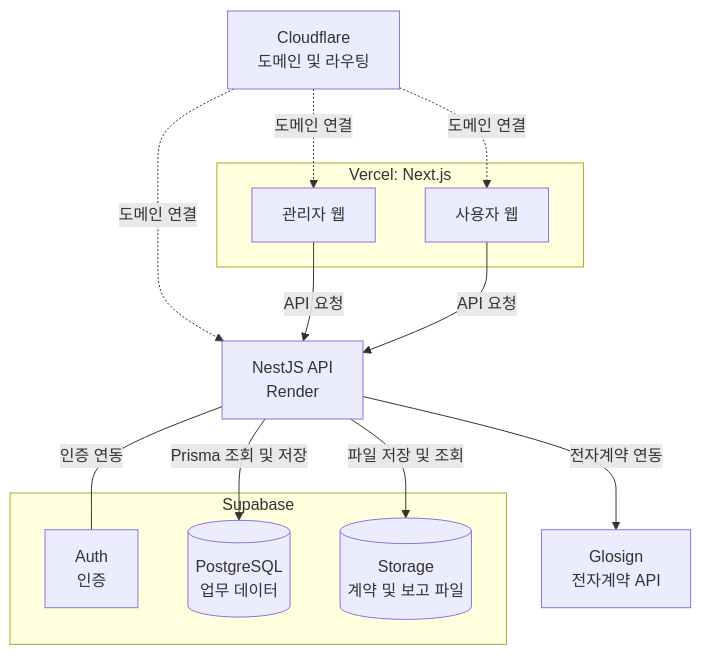
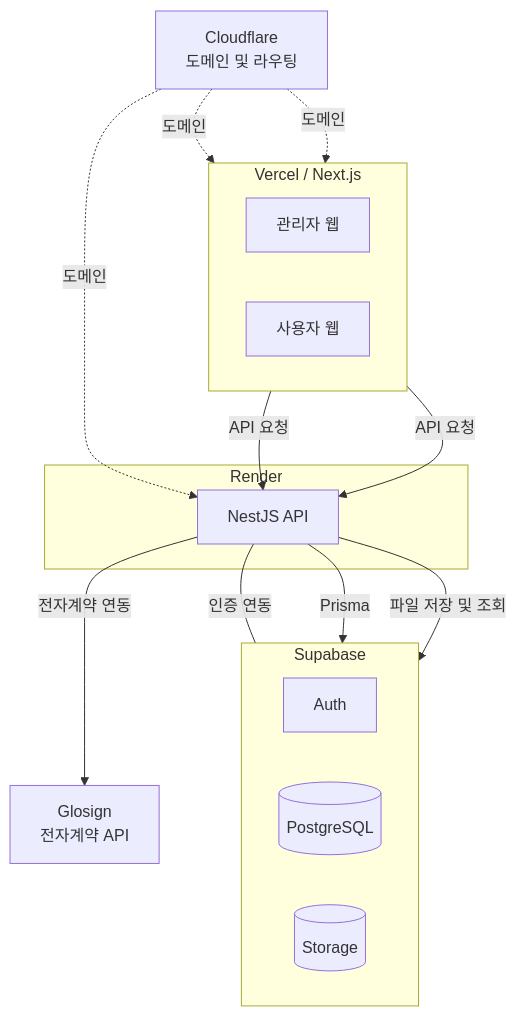
One commit to KimHG1995/work-history changed the second of 3 diagrams in projects/hr-saas/mvp.md. Above: the diagram before and after it, drawn with Mermaid. The commit also changed other lines of this file, not shown here.

Commit message:
docs: restore architecture boundaries with compact Mermaid labels

````diff
--- a/projects/hr-saas/mvp.md
+++ b/projects/hr-saas/mvp.md
@@ -116,29 +116,33 @@
 ```mermaid
 flowchart TB
     cloudflare["Cloudflare<br/>도메인 및 라우팅"]
 
-    subgraph vercel["Vercel: Next.js"]
+    subgraph web["Vercel / Next.js"]
+        direction LR
         admin["관리자 웹"]
         client["사용자 웹"]
     end
 
-    server["NestJS API<br/>Render"]
+    subgraph apiLayer["Render"]
+        server["NestJS API"]
+    end
 
     subgraph supabase["Supabase"]
-        auth["Auth<br/>인증"]
-        db[("PostgreSQL<br/>업무 데이터")]
-        files[("Storage<br/>계약 및 보고 파일")]
+        direction LR
+        auth["Auth"]
+        db[("PostgreSQL")]
+        files[("Storage")]
     end
 
     glosign["Glosign<br/>전자계약 API"]
 
-    cloudflare -.->|도메인 연결| admin
-    cloudflare -.->|도메인 연결| client
-    cloudflare -.->|도메인 연결| server
+    cloudflare -.->|도메인| admin
+    cloudflare -.->|도메인| client
+    cloudflare -.->|도메인| server
     admin -->|API 요청| server
     client -->|API 요청| server
     server ---|인증 연동| auth
-    server -->|Prisma 조회 및 저장| db
+    server -->|Prisma| db
     server -->|파일 저장 및 조회| files
     server -->|전자계약 연동| glosign
 ```
````
